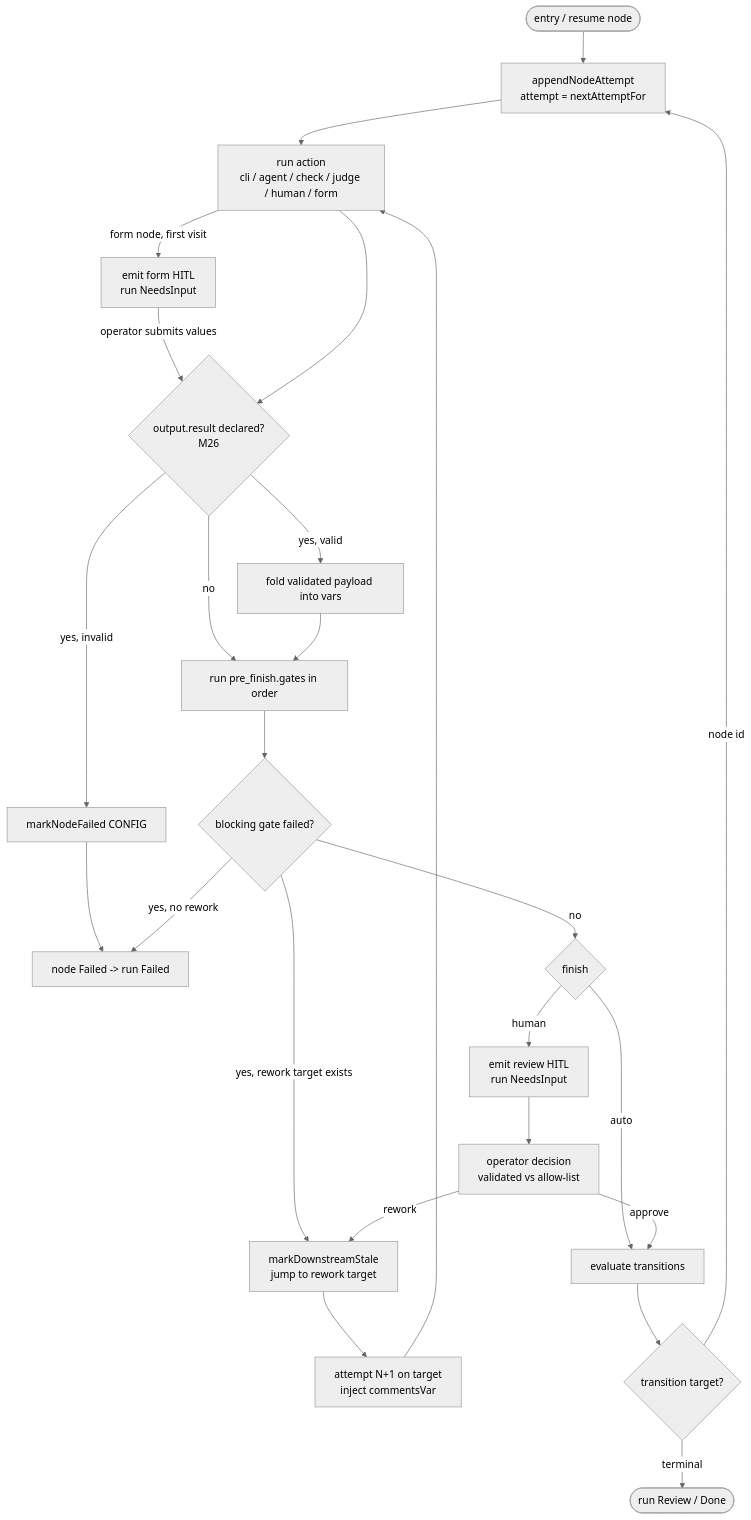
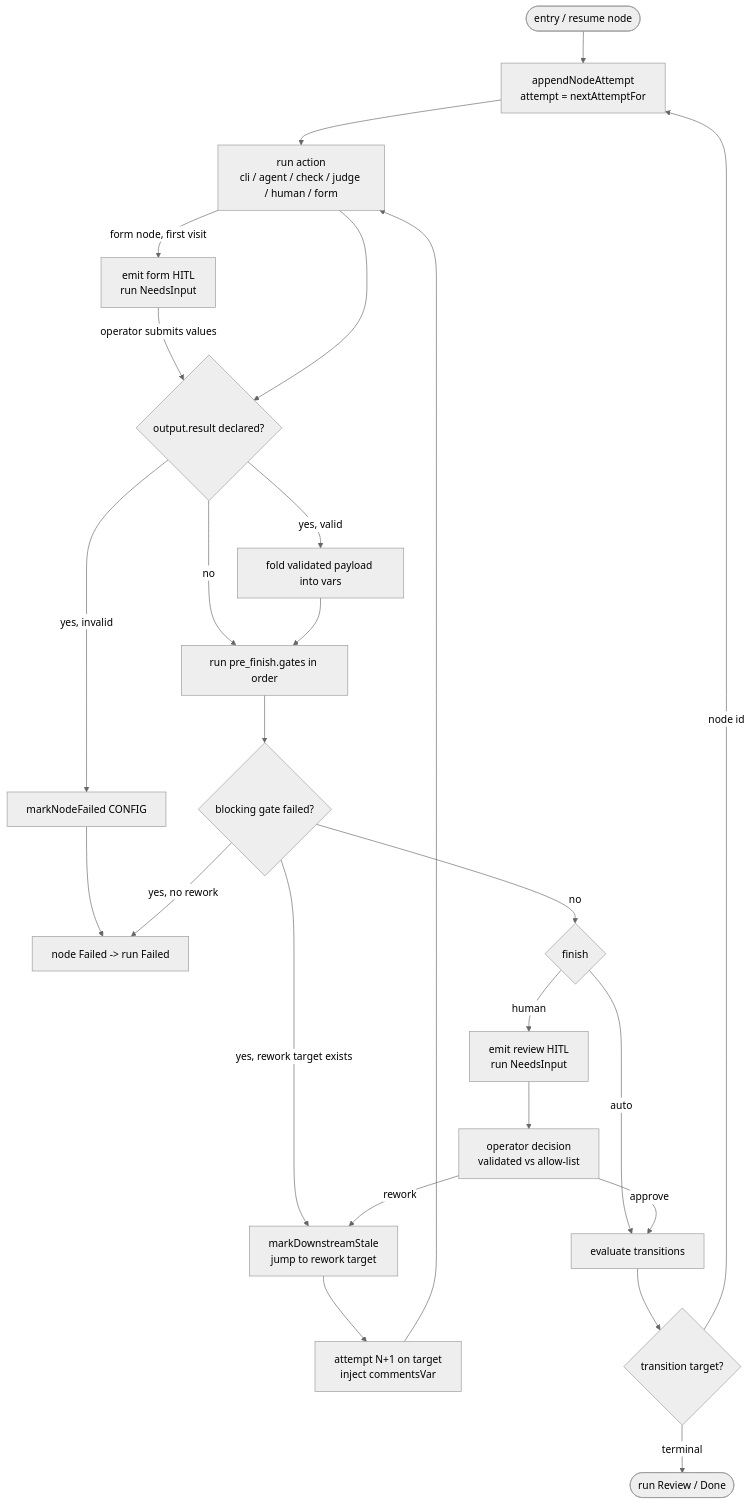
The third of 8 diagrams in docs/system-analytics/flow-graph.md (maister-dev/maister), drawn with Mermaid (neutral theme) before and after one commit. The commit also changed other lines of this file and 89 other files, not shown here.

````diff
--- a/docs/system-analytics/flow-graph.md
+++ b/docs/system-analytics/flow-graph.md
@@ -138,27 +141,27 @@
 ```mermaid
 flowchart TD
     Entry([entry / resume node]) --> Append[appendNodeAttempt<br/>attempt = nextAttemptFor]
     Append --> Act[run action<br/>cli / agent / check / judge / human / form]
     Act -- form node, first visit --> FormHitl[emit form HITL<br/>run NeedsInput]
     FormHitl -- operator submits values --> Validate
-    Act --> Validate{output.result declared?<br/>M26}
+    Act --> Validate{output.result declared?}
     Validate -- no --> Gates[run pre_finish.gates in order]
     Validate -- yes, valid --> FoldVars[fold validated payload into vars]
     Validate -- yes, invalid --> FailCfg[markNodeFailed CONFIG]
     FoldVars --> Gates
     FailCfg --> Fail[node Failed -> run Failed]
     Gates --> Block{blocking gate failed?}
     Block -- yes, rework target exists --> Stale[markDownstreamStale<br/>jump to rework target]
     Block -- yes, no rework --> Fail[node Failed -> run Failed]
     Block -- no --> Finish{finish}
     Finish -- auto --> Pick[evaluate transitions]
     Finish -- human --> Hitl[emit review HITL<br/>run NeedsInput]
     Hitl --> Decision[operator decision<br/>validated vs allow-list]
     Decision -- approve --> Pick
     Decision -- rework --> Stale
     Stale --> NextAttempt[attempt N+1 on target<br/>inject commentsVar]
     NextAttempt --> Act
     Pick --> More{transition target?}
     More -- node id --> Append
     More -- terminal --> Done([run Review / Done])
 ```
````
